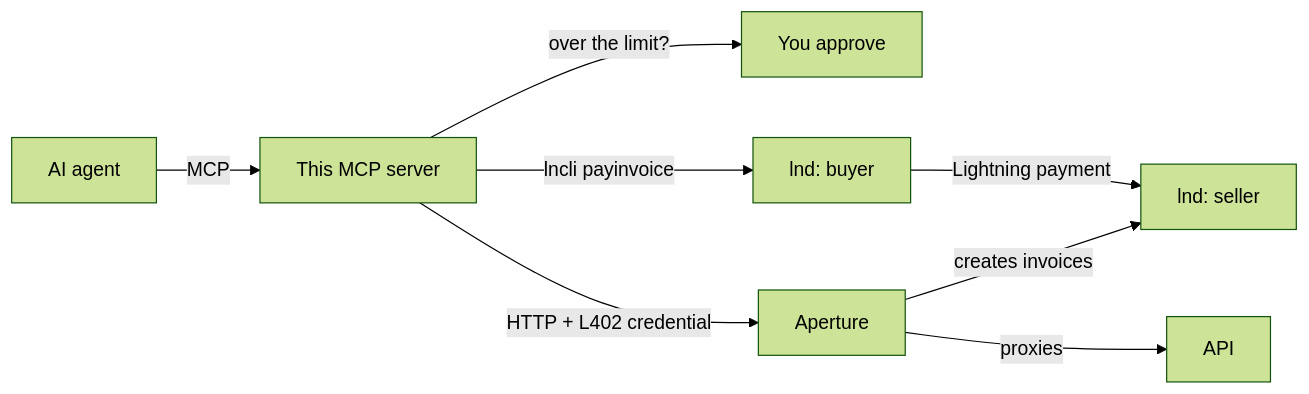
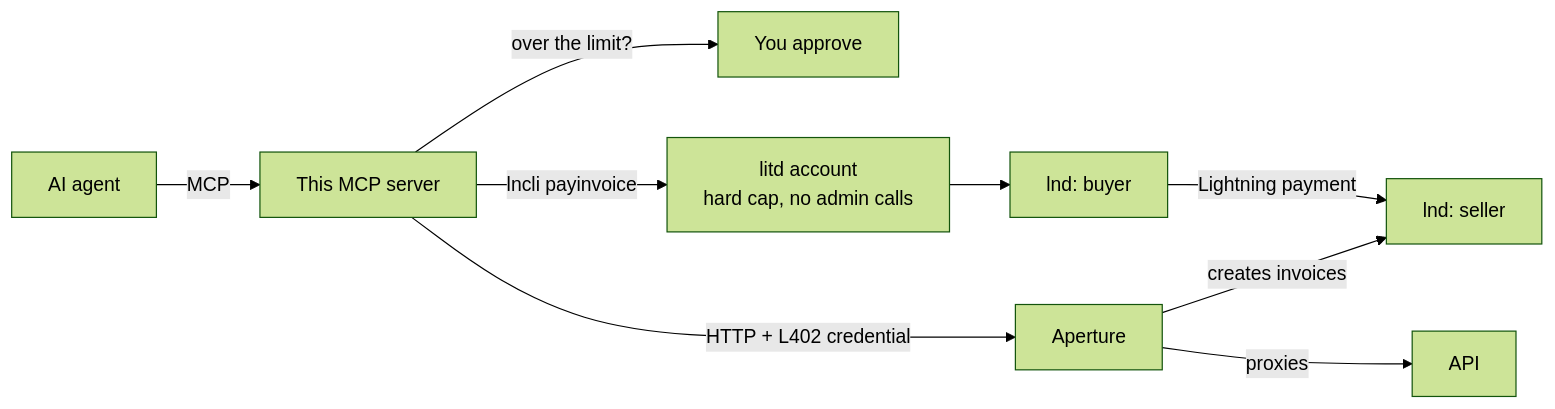
Before and after one commit to admin-raintree/l402-agent-demo: the diagram in README.md, drawn with Mermaid (forest theme). The commit also changed other lines of this file and 2 other files, not shown here.

First line of the commit message:
Lead the README with the litd ceiling and move setup detail to docs

````diff
--- a/README.md
+++ b/README.md
@@ -9,10 +9,11 @@
 ```mermaid
 flowchart LR
     Agent[AI agent] -->|MCP| Server[This MCP server]
     Server -->|over the limit?| You[You approve]
-    Server -->|lncli payinvoice| Buyer[lnd: buyer]
+    Server -->|lncli payinvoice| Account["litd account<br/>hard cap, no admin calls"]
+    Account --> Buyer[lnd: buyer]
     Buyer -->|Lightning payment| Seller[lnd: seller]
     Server -->|HTTP + L402 credential| Aperture
     Aperture -->|creates invoices| Seller
     Aperture -->|proxies| API[API]
 ```
````
